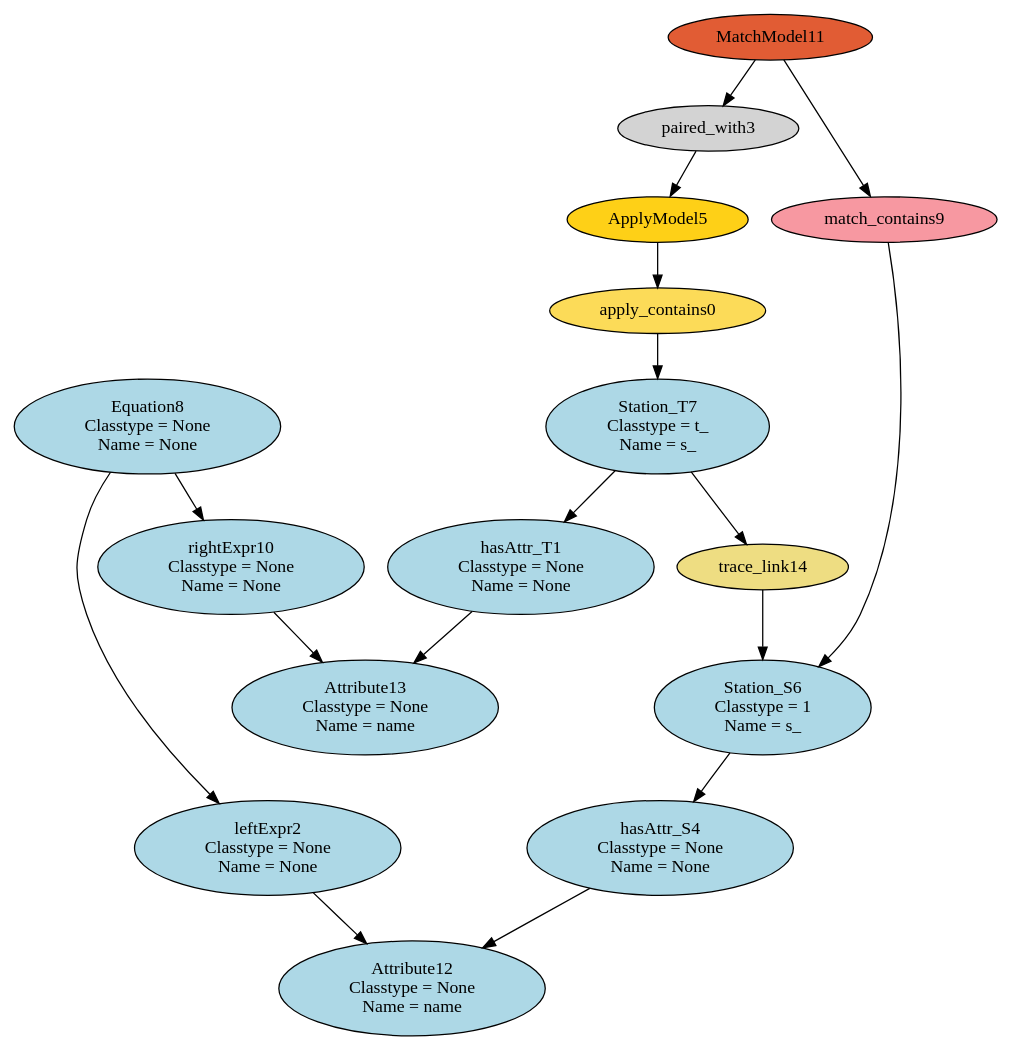
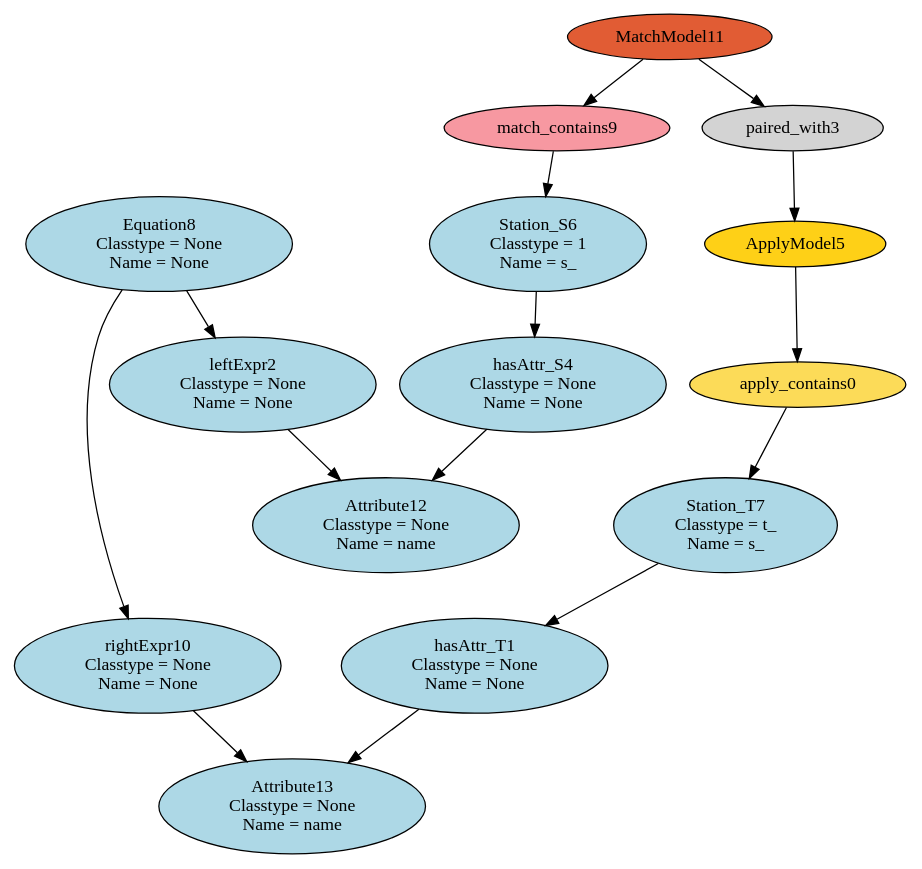
The diagram in dot/HEmptyPathCondition_HS2S.dot (levilucio/SyVOLT), drawn with Graphviz before and after one commit. The commit also changed 146 other files, not shown here.

```diff
--- a/dot/HEmptyPathCondition_HS2S.dot
+++ b/dot/HEmptyPathCondition_HS2S.dot
@@ -1,33 +1,30 @@
 digraph HEmptyPathCondition_HS2S {
 apply_contains0 [style=filled, fillcolor="#FCDB58"];
 "hasAttr_T1\n Classtype = None\n Name = None" [style=filled, fillcolor=lightblue];
 "leftExpr2\n Classtype = None\n Name = None" [style=filled, fillcolor=lightblue];
 paired_with3 [style=filled, fillcolor=lightgray];
 "hasAttr_S4\n Classtype = None\n Name = None" [style=filled, fillcolor=lightblue];
 ApplyModel5 [style=filled, fillcolor="#FED017"];
 "Station_S6\n Classtype = 1\n Name = s_" [style=filled, fillcolor=lightblue];
 "Station_T7\n Classtype = t_\n Name = s_" [style=filled, fillcolor=lightblue];
 "Equation8\n Classtype = None\n Name = None" [style=filled, fillcolor=lightblue];
 match_contains9 [style=filled, fillcolor="#F798A1"];
 "rightExpr10\n Classtype = None\n Name = None" [style=filled, fillcolor=lightblue];
 MatchModel11 [style=filled, fillcolor="#E15C34"];
 "Attribute12\n Classtype = None\n Name = name" [style=filled, fillcolor=lightblue];
 "Attribute13\n Classtype = None\n Name = name" [style=filled, fillcolor=lightblue];
-trace_link14 [style=filled, fillcolor=lightgoldenrod];
 ApplyModel5 -> apply_contains0;
 apply_contains0 -> "Station_T7\n Classtype = t_\n Name = s_";
 "Station_T7\n Classtype = t_\n Name = s_" -> "hasAttr_T1\n Classtype = None\n Name = None";
 "hasAttr_T1\n Classtype = None\n Name = None" -> "Attribute13\n Classtype = None\n Name = name";
 "Equation8\n Classtype = None\n Name = None" -> "leftExpr2\n Classtype = None\n Name = None";
 "leftExpr2\n Classtype = None\n Name = None" -> "Attribute12\n Classtype = None\n Name = name";
 MatchModel11 -> paired_with3;
 paired_with3 -> ApplyModel5;
 "Station_S6\n Classtype = 1\n Name = s_" -> "hasAttr_S4\n Classtype = None\n Name = None";
 "hasAttr_S4\n Classtype = None\n Name = None" -> "Attribute12\n Classtype = None\n Name = name";
 match_contains9 -> "Station_S6\n Classtype = 1\n Name = s_";
 "Equation8\n Classtype = None\n Name = None" -> "rightExpr10\n Classtype = None\n Name = None";
 MatchModel11 -> match_contains9;
 "rightExpr10\n Classtype = None\n Name = None" -> "Attribute13\n Classtype = None\n Name = name";
-trace_link14 -> "Station_S6\n Classtype = 1\n Name = s_";
-"Station_T7\n Classtype = t_\n Name = s_" -> trace_link14;
 }
```
